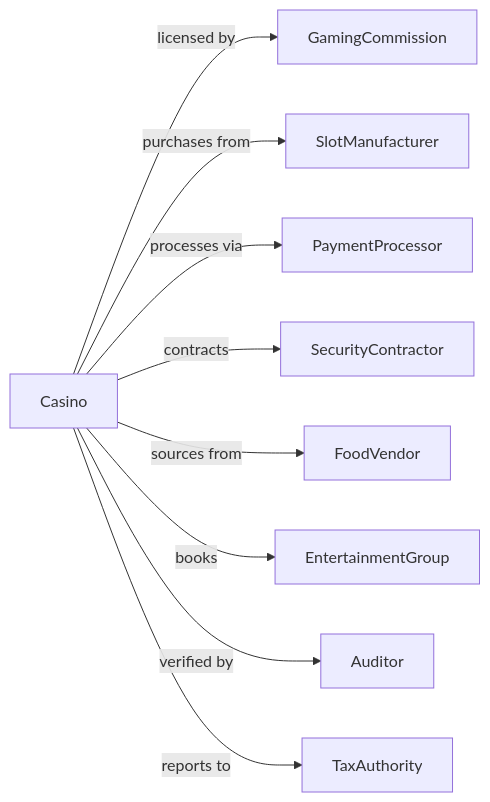
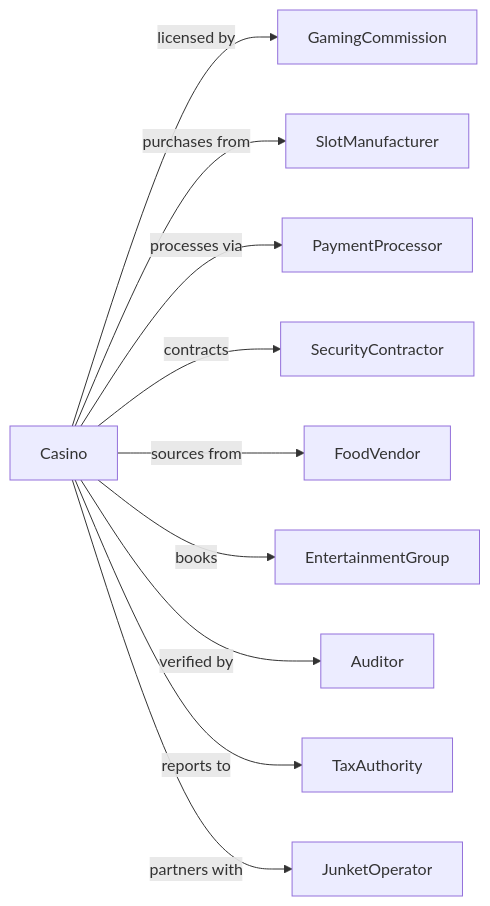
Before and after one commit to dot-org-ai/industries.org.ai: the second of 2 diagrams in Arts/AmusementGamblingAndRecreationIndustries/GamblingIndustries/CasinosExceptCasinoHotels.mdx, drawn with Mermaid. The commit also changed other lines of this file and 588 other files, not shown here.

````diff
--- a/Arts/AmusementGamblingAndRecreationIndustries/GamblingIndustries/CasinosExceptCasinoHotels.mdx
+++ b/Arts/AmusementGamblingAndRecreationIndustries/GamblingIndustries/CasinosExceptCasinoHotels.mdx
@@ -131,13 +131,14 @@
 ```mermaid
 graph LR
     C[Casino]
 
     C -->|licensed by| GamingCommission
     C -->|purchases from| SlotManufacturer
     C -->|processes via| PaymentProcessor
     C -->|contracts| SecurityContractor
     C -->|sources from| FoodVendor
     C -->|books| EntertainmentGroup
     C -->|verified by| Auditor
     C -->|reports to| TaxAuthority
+    C -->|partners with| JunketOperator
 ```
````
